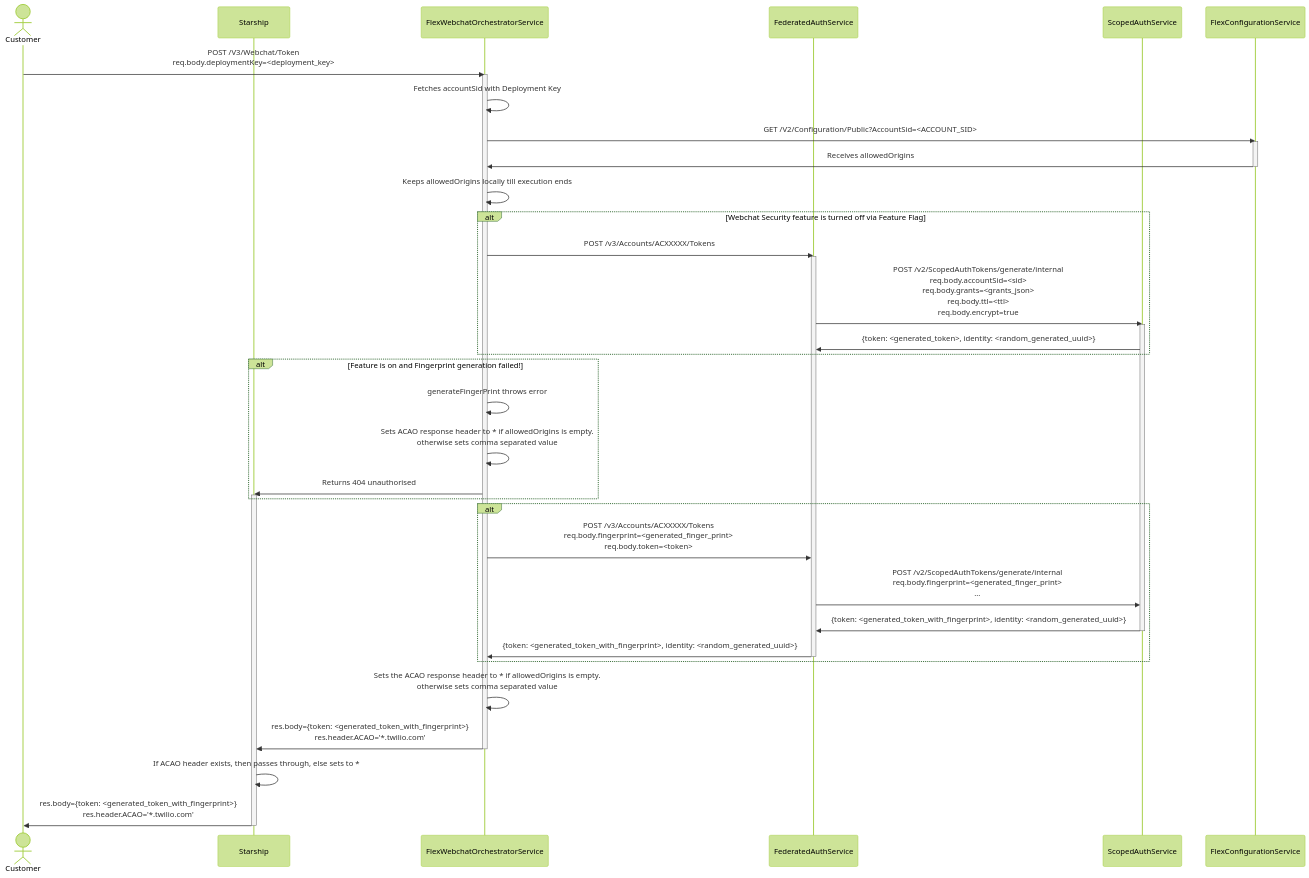
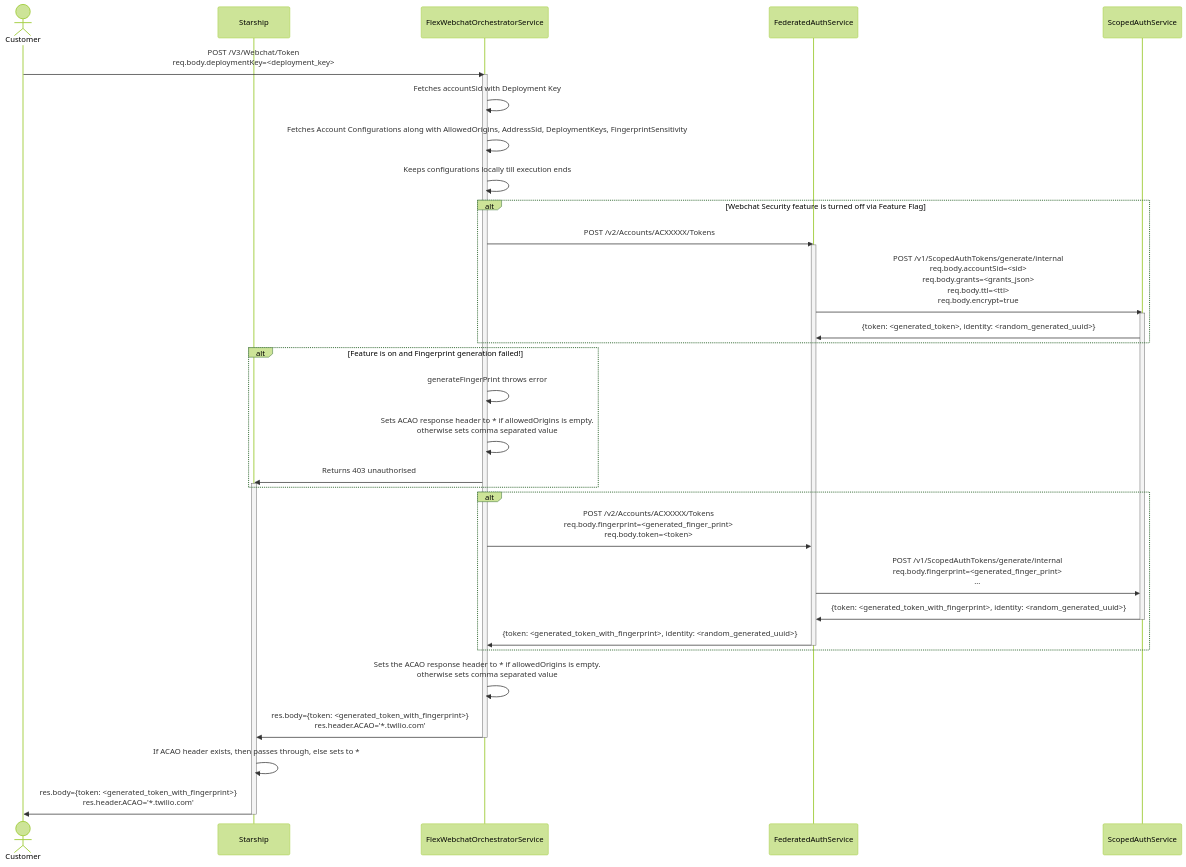
Before and after one commit to twilio/twilio-webchat-react-app: the diagram in seq_webchat_create_token.md, drawn with Mermaid (forest theme). The commit also changed 1 other file, not shown here.

Commit message:
Updating sequence diagrams

````diff
--- a/seq_webchat_create_token.md
+++ b/seq_webchat_create_token.md
@@ -1,52 +1,48 @@
 ```mermaid
 %% Webchat Create Token
 sequenceDiagram
 
 actor C as Customer
 participant S as Starship
 participant FWO as FlexWebchatOrchestratorService
 participant FAS as FederatedAuthService
 participant SAS as ScopedAuthService
-participant FC as FlexConfigurationService
 
 C ->> FWO : POST /V3/Webchat/Token <br/>req.body.deploymentKey=<deployment_key>
 activate FWO
 FWO ->> FWO : Fetches accountSid with Deployment Key
-FWO ->> FC : GET /V2/Configuration/Public?AccountSid=<ACCOUNT_SID>
-activate FC
-FC ->> FWO : Receives allowedOrigins
-deactivate FC
-FWO ->> FWO : Keeps allowedOrigins locally till execution ends
+FWO ->> FWO : Fetches Account Configurations along with AllowedOrigins, AddressSid, DeploymentKeys, FingerprintSensitivity
+FWO ->> FWO : Keeps configurations locally till execution ends
 
 alt Webchat Security feature is turned off via Feature Flag
-  FWO ->> FAS : POST /v3/Accounts/ACXXXXX/Tokens
-  activate FAS
-  FAS ->> SAS : POST /v2/ScopedAuthTokens/generate/internal <br/>req.body.accountSid=<sid><br/>req.body.grants=<grants_json><br/>req.body.ttl=<ttl><br/>req.body.encrypt=true
-  activate SAS
-  SAS ->> FAS : {token: <generated_token>, identity: <random_generated_uuid>}
+	FWO ->> FAS : POST /v2/Accounts/ACXXXXX/Tokens
+	activate FAS
+	FAS ->> SAS : POST /v1/ScopedAuthTokens/generate/internal <br/>req.body.accountSid=<sid><br/>req.body.grants=<grants_json><br/>req.body.ttl=<ttl><br/>req.body.encrypt=true
+	activate SAS
+	SAS ->> FAS : {token: <generated_token>, identity: <random_generated_uuid>}
 end
 
 alt Feature is on and Fingerprint generation failed!
-  FWO ->> FWO: generateFingerPrint throws error
-  FWO ->> FWO : Sets ACAO response header to * if allowedOrigins is  empty. <br/> otherwise sets comma separated value
-  FWO ->> S : Returns 404 unauthorised
-  activate S
+	FWO ->> FWO: generateFingerPrint throws error
+	FWO ->> FWO : Sets ACAO response header to * if allowedOrigins is  empty. <br/> otherwise sets comma separated value
+	FWO ->> S : Returns 403 unauthorised
+	activate S
 end
 
 alt #LightBlue Feature is turned on & Fingerprint is generated
-  FWO ->> FAS : POST /v3/Accounts/ACXXXXX/Tokens <br/>req.body.fingerprint=<generated_finger_print> <br/>req.body.token=<token> 
-  FAS ->> SAS : POST /v2/ScopedAuthTokens/generate/internal <br/>req.body.fingerprint=<generated_finger_print><br/>...
-  SAS ->> FAS : {token: <generated_token_with_fingerprint>, identity: <random_generated_uuid>}
-  deactivate SAS
-  FAS ->> FWO : {token: <generated_token_with_fingerprint>, identity: <random_generated_uuid>}
-  deactivate FAS
+	FWO ->> FAS : POST /v2/Accounts/ACXXXXX/Tokens <br/>req.body.fingerprint=<generated_finger_print> <br/>req.body.token=<token> 
+	FAS ->> SAS : POST /v1/ScopedAuthTokens/generate/internal <br/>req.body.fingerprint=<generated_finger_print><br/>...
+	SAS ->> FAS : {token: <generated_token_with_fingerprint>, identity: <random_generated_uuid>}
+	deactivate SAS
+	FAS ->> FWO : {token: <generated_token_with_fingerprint>, identity: <random_generated_uuid>}
+	deactivate FAS
 end
 
 FWO ->> FWO : Sets the ACAO response header to * if allowedOrigins is  empty. <br/> otherwise sets comma separated value
 FWO ->> S : res.body={token: <generated_token_with_fingerprint>}<br/>res.header.ACAO='*.twilio.com'
 deactivate FWO
 S ->> S : If ACAO header exists, then passes through, else sets to *
 S ->> C : res.body={token: <generated_token_with_fingerprint>}<br/>res.header.ACAO='*.twilio.com'
 deactivate S
 
 ```
````
